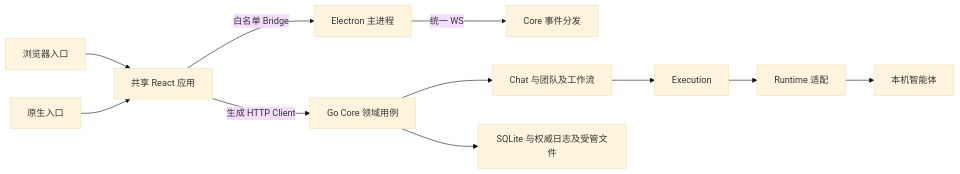
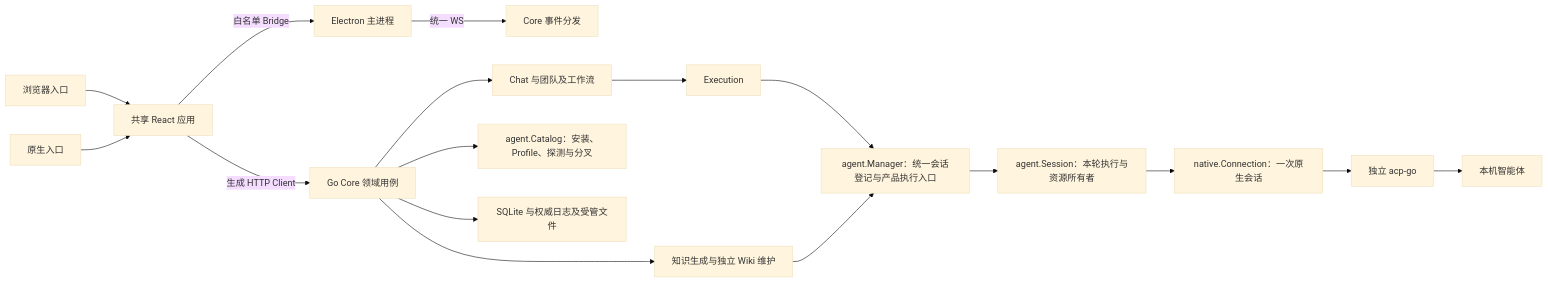
Before and after one commit to JieWaZi/NeuxBot: the diagram in docs/architecture/overview-cn.md, drawn with Mermaid (base theme). The commit also changed other lines of this file and 675 other files, not shown here.

First line of the commit message:
refactor(runtime): 统一 Agent 执行内核与会话资源边界 (#9)

````diff
--- a/docs/architecture/overview-cn.md
+++ b/docs/architecture/overview-cn.md
@@ -5,13 +7,19 @@
 ```mermaid
 flowchart LR
   Web[浏览器入口] --> UI[共享 React 应用]
   Native[原生入口] --> UI
   UI -->|生成 HTTP Client| Core[Go Core 领域用例]
   UI -->|白名单 Bridge| Desktop[Electron 主进程]
   Desktop -->|统一 WS| Events[Core 事件分发]
   Core --> Chat[Chat 与团队及工作流]
   Chat --> Execution[Execution]
-  Execution --> Runtime[Runtime 适配]
-  Runtime --> CLI[本机智能体]
+  Execution --> Manager[agent.Manager：统一会话登记与产品执行入口]
+  Core --> Knowledge[知识生成与独立 Wiki 维护]
+  Knowledge --> Manager
+  Manager --> Session[agent.Session：本轮执行与资源所有者]
+  Session --> Connection[native.Connection：一次原生会话]
+  Connection --> ACP[独立 acp-go]
+  ACP --> CLI[本机智能体]
+  Core --> Catalog[agent.Catalog：安装、Profile、探测与分叉]
   Core --> Store[SQLite 与权威日志及受管文件]
 ```
````
